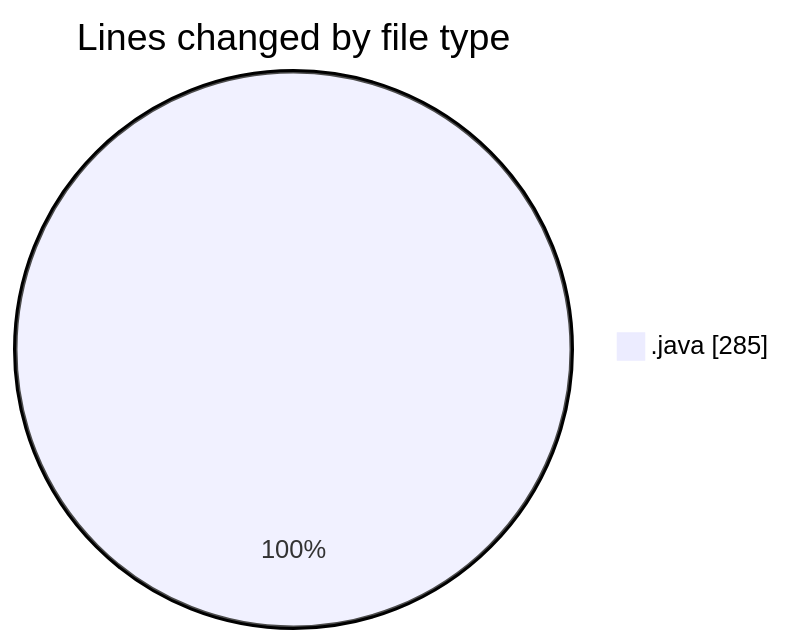
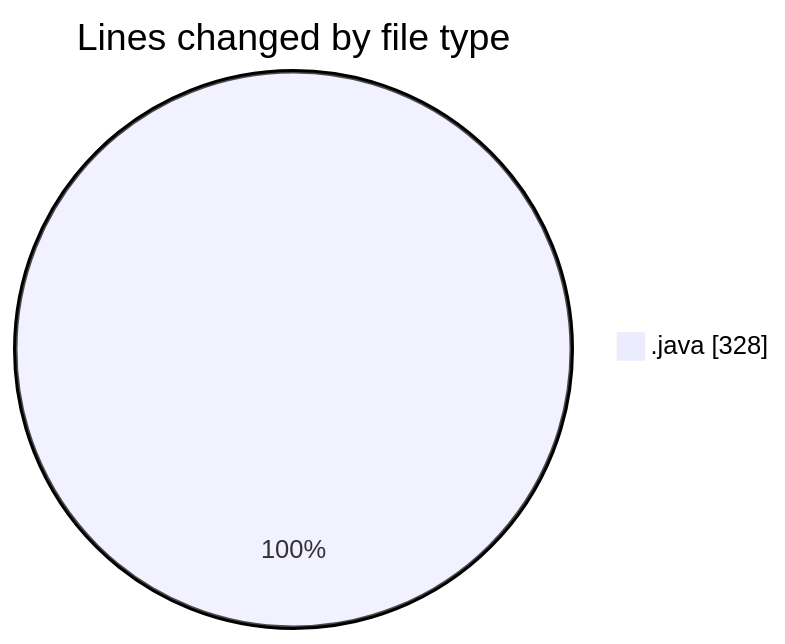
Before and after one commit to NitaiMahat/code-tracking: the first of 2 diagrams in 2025-03-08/computer_202/README.md, drawn with Mermaid. The commit also changed other lines of this file and 1 other file, not shown here.

````diff
--- a/2025-03-08/computer_202/README.md
+++ b/2025-03-08/computer_202/README.md
@@ -28,5 +28,5 @@
 ```mermaid
 pie showData
 title Lines changed by file type
-".java" : 285
+".java" : 328
 ```
````
